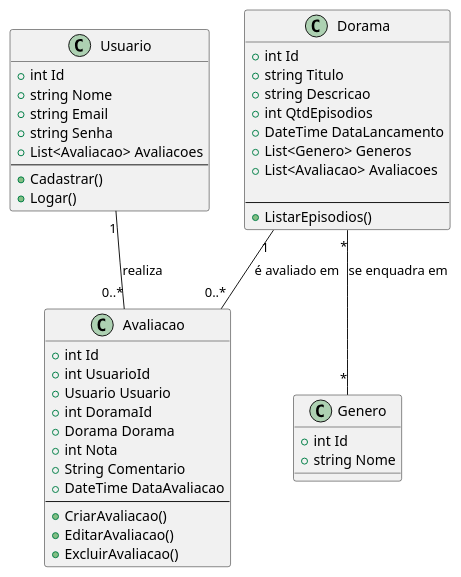
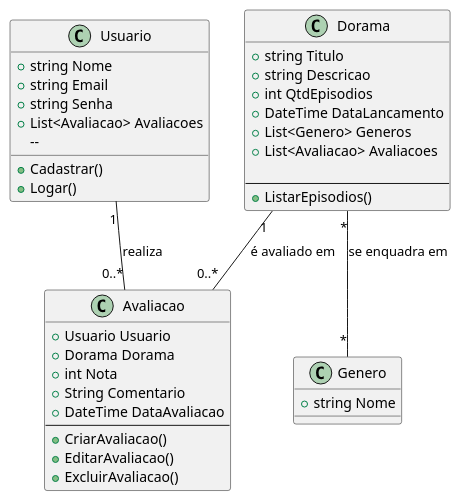
The diagram in Trab1-PS/diagramas/diagramas_plantuml/diagrama_de_classes.plantuml (KaioHenr/Trab1-PS), drawn with PlantUML before and after one commit. The commit also changed 2 other files, not shown here.

Commit message:
correção do diagrama de classes

```diff
--- a/Trab1-PS/diagramas/diagramas_plantuml/diagrama_de_classes.plantuml
+++ b/Trab1-PS/diagramas/diagramas_plantuml/diagrama_de_classes.plantuml
@@ -2,51 +2,47 @@
 @startuml
 class Usuario {
-    + int Id
+   
     + string Nome
     + string Email
     + string Senha
     + List<Avaliacao> Avaliacoes
     --
     + Cadastrar()
     + Logar()
 }
 
 class Avaliacao {
-    + int Id
-    + int UsuarioId
     + Usuario Usuario
-    + int DoramaId
     + Dorama Dorama
     + int Nota
     + String Comentario
     + DateTime DataAvaliacao
     --
     + CriarAvaliacao()
     + EditarAvaliacao()
     + ExcluirAvaliacao()
 }
 
 class Dorama {
-    + int Id
     + string Titulo
     + string Descricao
     + int QtdEpisodios
     + DateTime DataLancamento
     + List<Genero> Generos
     + List<Avaliacao> Avaliacoes
     
     --
     + ListarEpisodios()
 }
 class Genero {
-    + int Id
+    
     + string Nome
 }
 
 Usuario "1" -- "0..*" Avaliacao : "realiza"
 Dorama "1" -- "0..*" Avaliacao : "é avaliado em"
 Dorama "*" -- "*" Genero : "se enquadra em"
 
 
 
 @enduml
```
